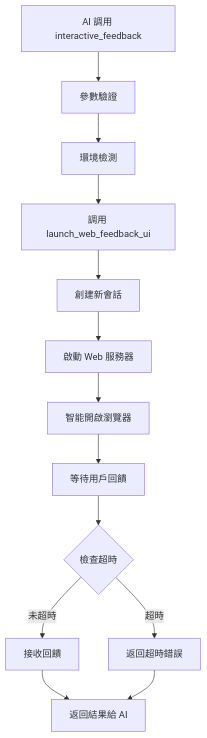
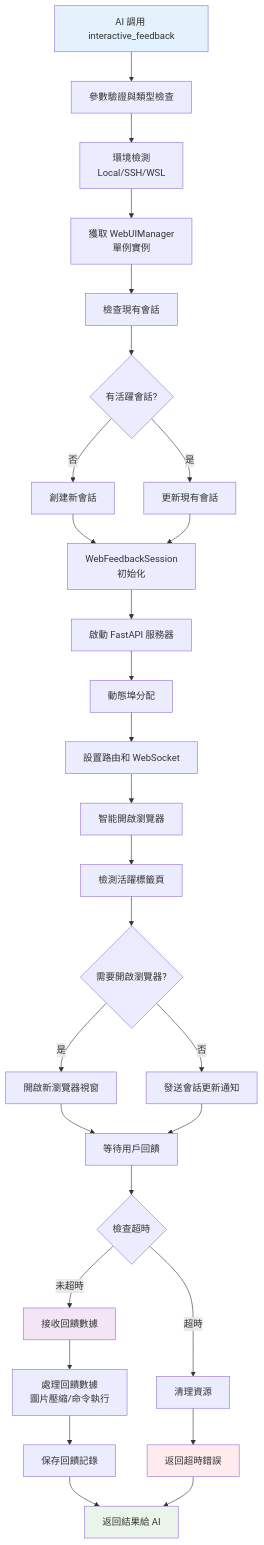
The second of 7 diagrams in docs/architecture/interaction-flows.md (zetxtech/mcp-feedback-enhanced), drawn with Mermaid before and after one commit. The commit also changed other lines of this file and 4 other files, not shown here.

````diff
--- a/docs/architecture/interaction-flows.md
+++ b/docs/architecture/interaction-flows.md
@@ -65,15 +113,44 @@
 ```mermaid
 flowchart TD
-    START[AI 調用 interactive_feedback] --> VALIDATE[參數驗證]
-    VALIDATE --> ENV[環境檢測]
-    ENV --> LAUNCH[調用 launch_web_feedback_ui]
-    LAUNCH --> SESSION[創建新會話]
-    SESSION --> SERVER[啟動 Web 服務器]
-    SERVER --> BROWSER[智能開啟瀏覽器]
-    BROWSER --> WAIT[等待用戶回饋]
+    START[AI 調用 interactive_feedback] --> VALIDATE[參數驗證與類型檢查]
+    VALIDATE --> ENV[環境檢測<br/>Local/SSH/WSL]
+    ENV --> MANAGER[獲取 WebUIManager<br/>單例實例]
+    MANAGER --> CHECK[檢查現有會話]
+    CHECK --> DECISION{有活躍會話?}
+
+    DECISION -->|否| CREATE[創建新會話]
+    DECISION -->|是| UPDATE[更新現有會話]
+
+    CREATE --> SESSION[WebFeedbackSession<br/>初始化]
+    UPDATE --> SESSION
+
+    SESSION --> SERVER[啟動 FastAPI 服務器]
+    SERVER --> PORT[動態埠分配]
+    PORT --> ROUTES[設置路由和 WebSocket]
+    ROUTES --> BROWSER[智能開啟瀏覽器]
+
+    BROWSER --> DETECT[檢測活躍標籤頁]
+    DETECT --> OPEN_DECISION{需要開啟瀏覽器?}
+
+    OPEN_DECISION -->|是| OPEN[開啟新瀏覽器視窗]
+    OPEN_DECISION -->|否| NOTIFY[發送會話更新通知]
+
+    OPEN --> WAIT[等待用戶回饋]
+    NOTIFY --> WAIT
+
     WAIT --> TIMEOUT{檢查超時}
-    TIMEOUT -->|未超時| FEEDBACK[接收回饋]
-    TIMEOUT -->|超時| ERROR[返回超時錯誤]
-    FEEDBACK --> RETURN[返回結果給 AI]
+    TIMEOUT -->|未超時| FEEDBACK[接收回饋數據]
+    TIMEOUT -->|超時| CLEANUP[清理資源]
+
+    FEEDBACK --> PROCESS[處理回饋數據<br/>圖片壓縮/命令執行]
+    PROCESS --> SAVE[保存回饋記錄]
+    SAVE --> RETURN[返回結果給 AI]
+
+    CLEANUP --> ERROR[返回超時錯誤]
     ERROR --> RETURN
+
+    style START fill:#e3f2fd
+    style RETURN fill:#e8f5e8
+    style ERROR fill:#ffebee
+    style FEEDBACK fill:#f3e5f5
 ```
````
